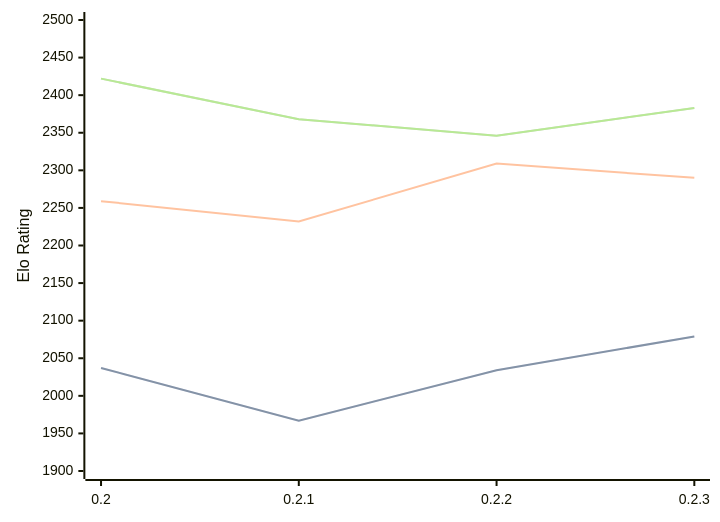
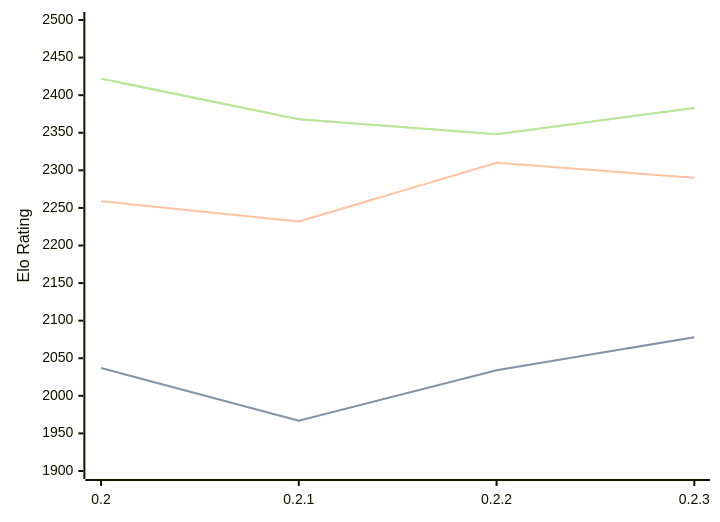
The diagram in engines/Lolbot.md (computer-chess-index/cci), drawn with Mermaid before and after one commit. The commit also changed other lines of this file, not shown here.

Commit message:
Update CCI Ratings (ELO VLTC) - 2026-02-16

````diff
--- a/engines/Lolbot.md
+++ b/engines/Lolbot.md
@@ -32,11 +32,11 @@
 ```mermaid
 %%{init: {"theme":"base","themeVariables":{"seriesColors:['#a3a3a3','#222221','#faa371']}}}%%
 xychart-beta
   x-axis ["0.2", "0.2.1", "0.2.2", "0.2.3"]
   y-axis "Elo Rating" 1900 --> 2500
-  line "STC (8.0+0.08s)" [2037, 1967, 2034, 2079]
-  line "STC (8.0+0.08s)" [2037, 1967, 2034, 2079]
-  line "LTC (60.0+0.60s)" [2259, 2232, 2309, 2290]
-  line "VLTC (2m24s+1.12s)" [2422, 2368, 2346, 2383]
-  line "VLTC (2m24s+1.12s)" [2422, 2368, 2346, 2383]
+  line "STC (8.0+0.08s)" [2037, 1967, 2034, 2078]
+  line "STC (8.0+0.08s)" [2037, 1967, 2034, 2078]
+  line "LTC (60.0+0.60s)" [2259, 2232, 2310, 2290]
+  line "VLTC (2m24s+1.12s)" [2422, 2368, 2348, 2383]
+  line "VLTC (2m24s+1.12s)" [2422, 2368, 2348, 2383]
 ```
````
